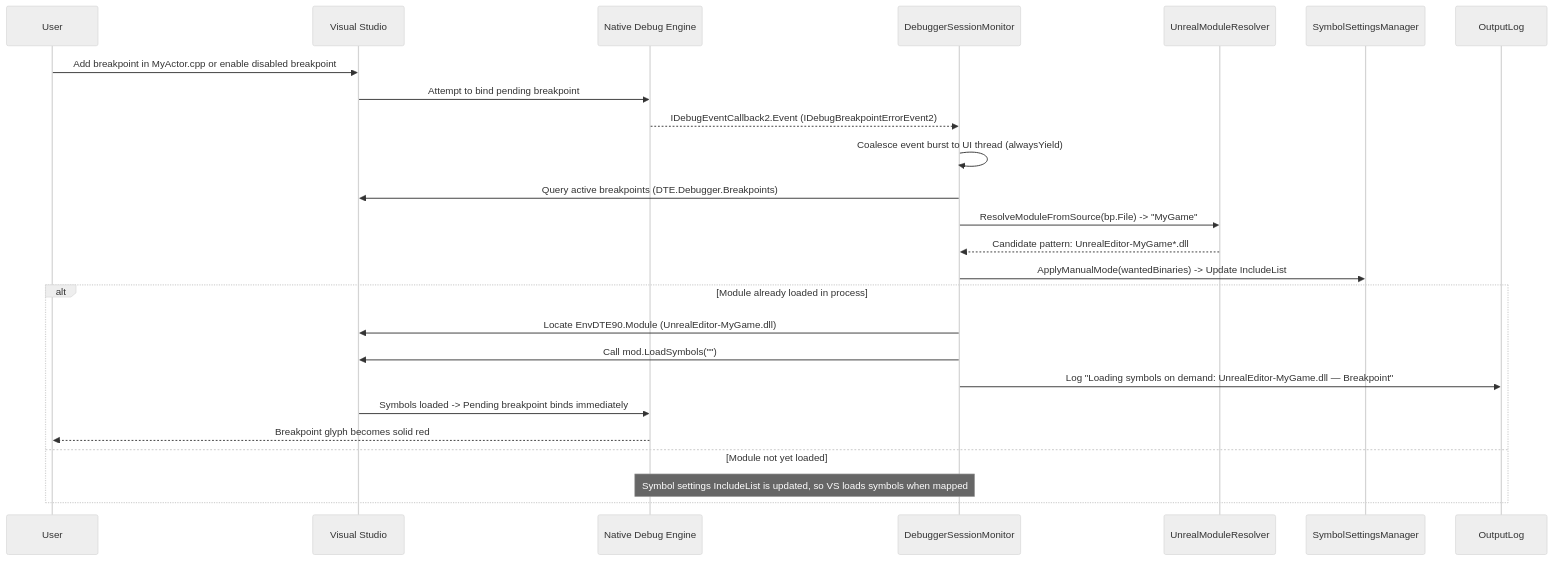
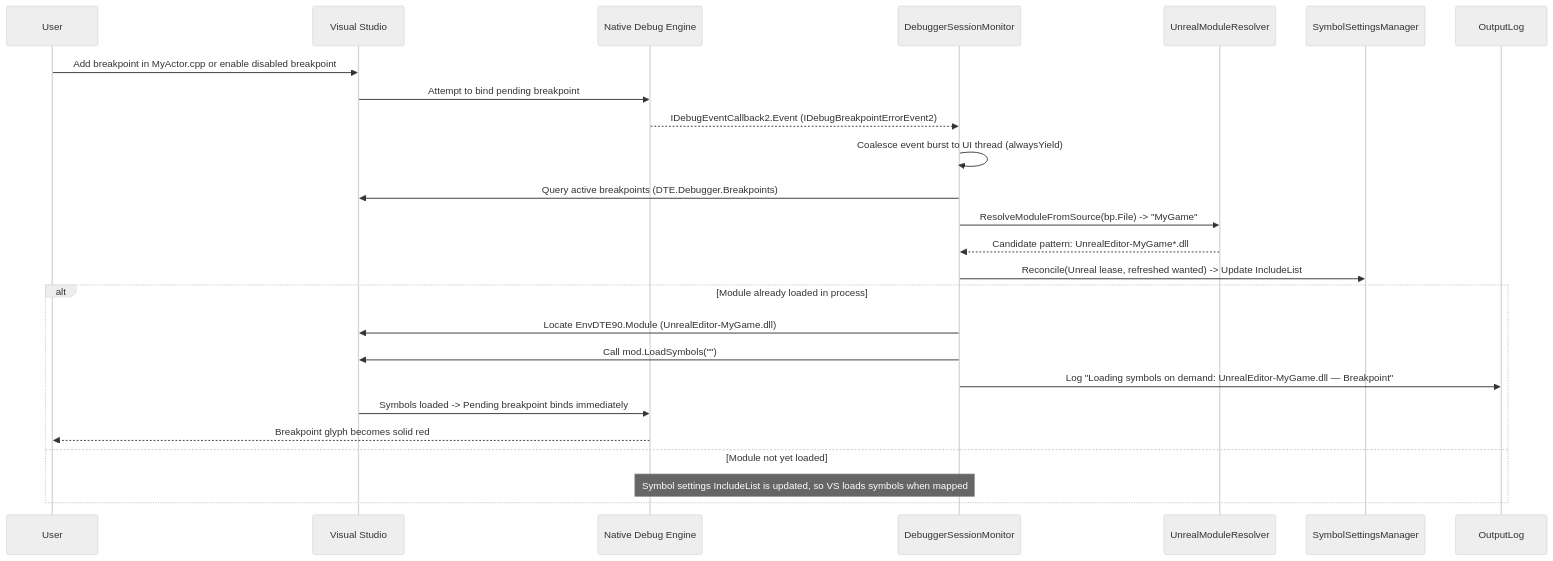
One commit to mattshepcar/VSOnDemandSymbols changed the fourth of 6 diagrams in docs/ARCHITECTURE.md. Above: the diagram before and after it, drawn with Mermaid (neutral theme). The commit also changed other lines of this file and 5 other files, not shown here.

````diff
--- a/docs/ARCHITECTURE.md
+++ b/docs/ARCHITECTURE.md
@@ -175,28 +195,28 @@
 ```mermaid
 sequenceDiagram
     participant User
     participant VS as Visual Studio
     participant Dbg as Native Debug Engine
     participant DSM as DebuggerSessionMonitor
     participant UMR as UnrealModuleResolver
     participant SSM as SymbolSettingsManager
     participant Log as OutputLog
 
     User->>VS: Add breakpoint in MyActor.cpp or enable disabled breakpoint
     VS->>Dbg: Attempt to bind pending breakpoint
     Dbg-->>DSM: IDebugEventCallback2.Event (IDebugBreakpointErrorEvent2)
     DSM->>DSM: Coalesce event burst to UI thread (alwaysYield)
     DSM->>VS: Query active breakpoints (DTE.Debugger.Breakpoints)
     DSM->>UMR: ResolveModuleFromSource(bp.File) -> "MyGame"
     UMR-->>DSM: Candidate pattern: UnrealEditor-MyGame*.dll
-    DSM->>SSM: ApplyManualMode(wantedBinaries) -> Update IncludeList
+    DSM->>SSM: Reconcile(Unreal lease, refreshed wanted) -> Update IncludeList
     alt Module already loaded in process
         DSM->>VS: Locate EnvDTE90.Module (UnrealEditor-MyGame.dll)
         DSM->>VS: Call mod.LoadSymbols("")
         DSM->>Log: Log "Loading symbols on demand: UnrealEditor-MyGame.dll — Breakpoint"
         VS->>Dbg: Symbols loaded -> Pending breakpoint binds immediately
         Dbg-->>User: Breakpoint glyph becomes solid red
     else Module not yet loaded
         Note over DSM,Dbg: Symbol settings IncludeList is updated, so VS loads symbols when mapped
     end
 ```
````
